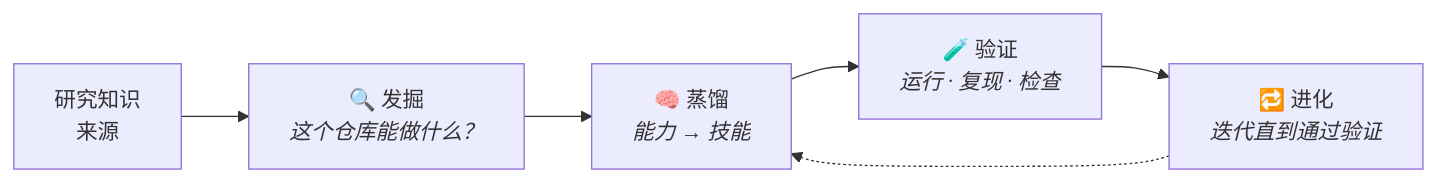
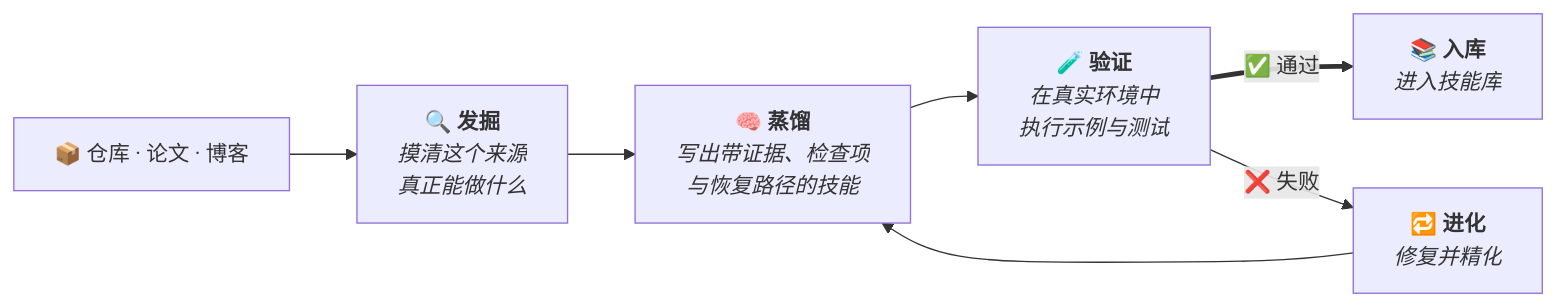
The third of 5 diagrams in README.zh-CN.md (Lolo1222/AREX-Skill), drawn with Mermaid before and after one commit. The commit also changed other lines of this file and 1 other file, not shown here.

First line of the commit message:
docs: first-screen value proposition, richer diagrams, unlink private report

````diff
--- a/README.zh-CN.md
+++ b/README.zh-CN.md
@@ -114,8 +122,9 @@
 ```mermaid
 flowchart LR
-    S["研究知识<br>来源"] --> A["🔍 发掘<br><i>这个仓库能做什么？</i>"]
-    A --> B["🧠 蒸馏<br><i>能力 → 技能</i>"]
-    B --> C["🧪 验证<br><i>运行 · 复现 · 检查</i>"]
-    C --> D["🔁 进化<br><i>迭代直到通过验证</i>"]
-    D -.-> B
+    S["📦 仓库 · 论文 · 博客"] --> A["🔍 <b>发掘</b><br><i>摸清这个来源<br>真正能做什么</i>"]
+    A --> B["🧠 <b>蒸馏</b><br><i>写出带证据、检查项<br>与恢复路径的技能</i>"]
+    B --> C["🧪 <b>验证</b><br><i>在真实环境中<br>执行示例与测试</i>"]
+    C == "✅ 通过" ==> L["📚 <b>入库</b><br><i>进入技能库</i>"]
+    C -- "❌ 失败" --> E["🔁 <b>进化</b><br><i>修复并精化</i>"]
+    E --> B
 ```
````
